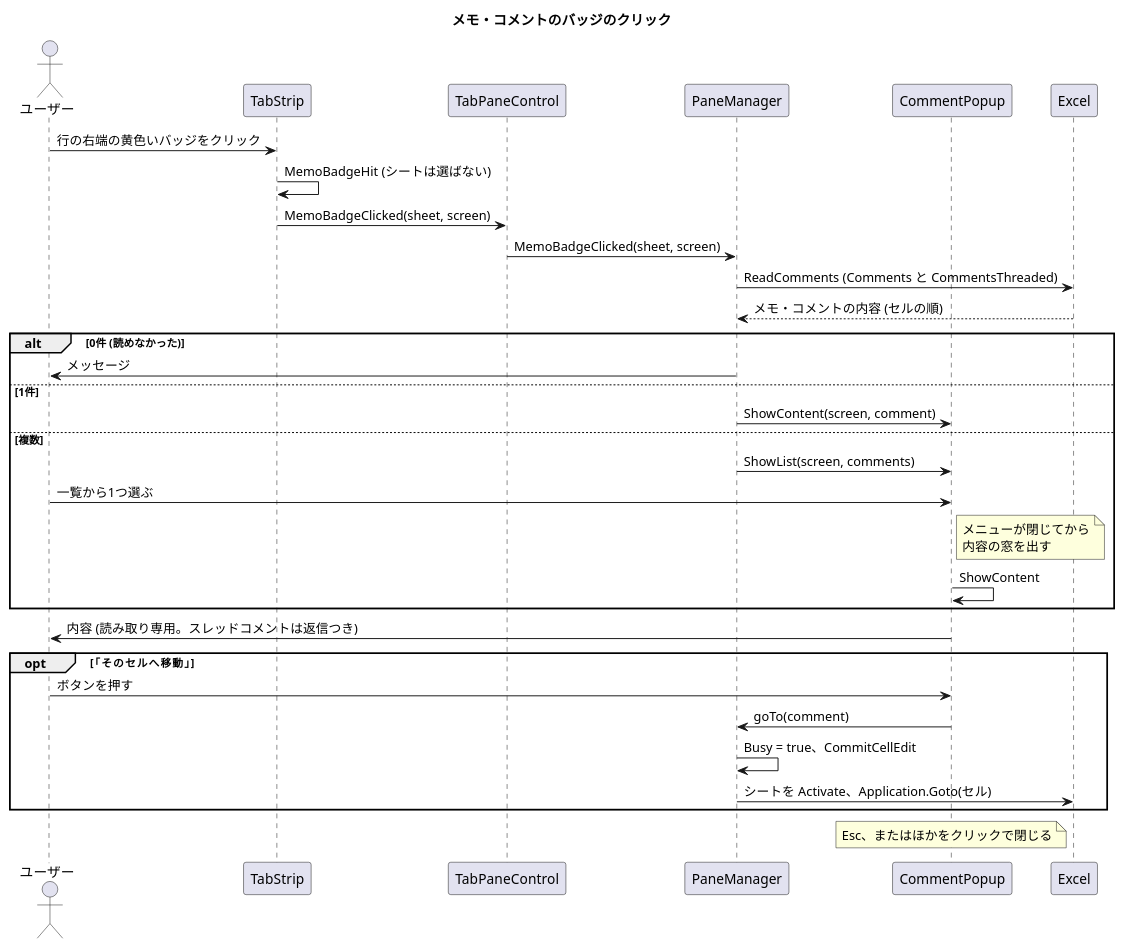
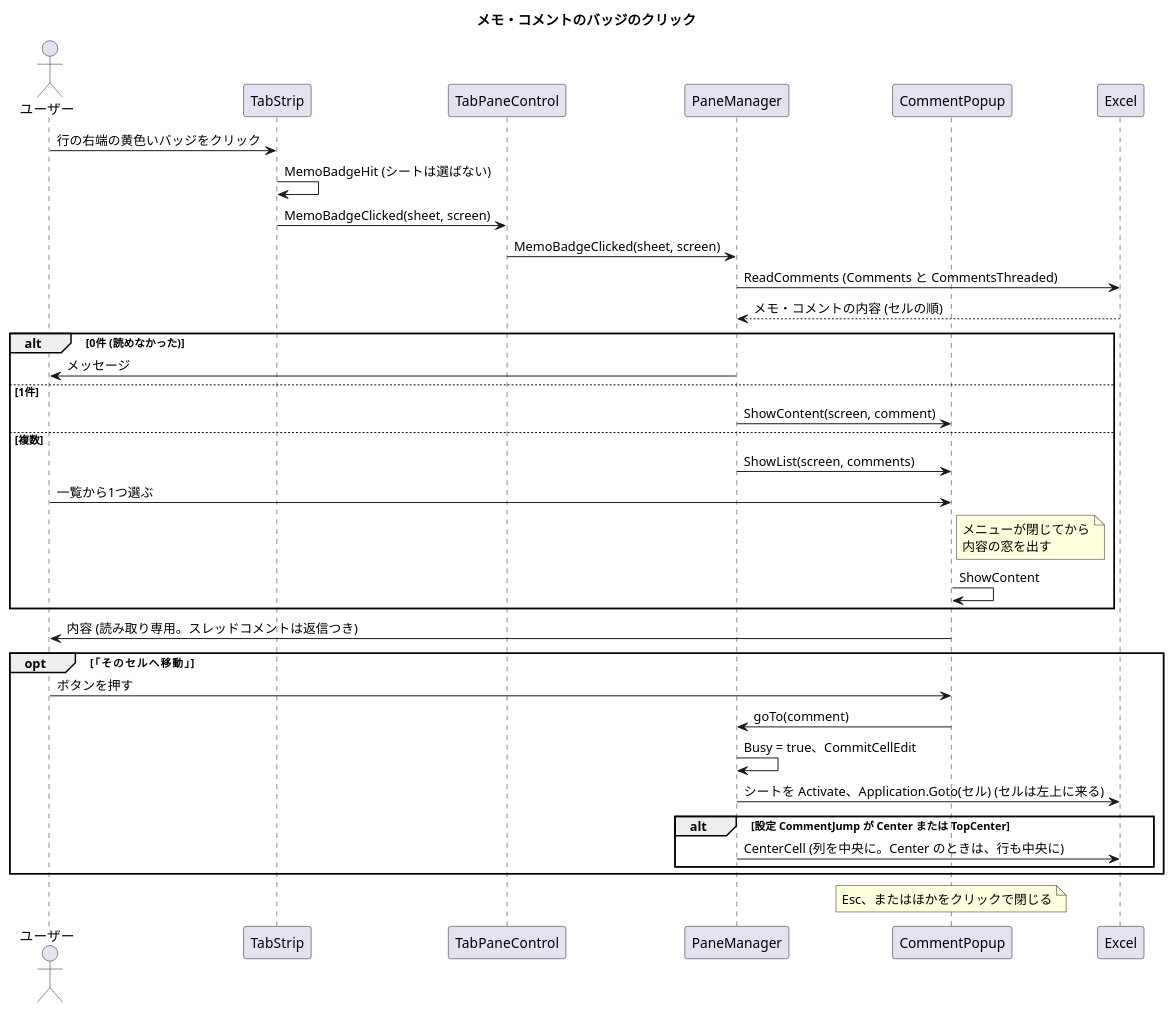
One commit to nk-taka623/VerticalSheetTabs changed the diagram in docs/sequence-comment.puml. Above: the diagram before and after it, drawn with PlantUML. The commit also changed 3 other files, not shown here.

Commit message:
クラス図とコメントのシーケンス図に、コメントの移動先の設定 (CommentJump) を反映する

```diff
--- a/docs/sequence-comment.puml
+++ b/docs/sequence-comment.puml
@@ -1,37 +1,40 @@
 @startuml
 title メモ・コメントのバッジのクリック
 skinparam shadowing false
 skinparam sequenceMessageAlign left
 
 actor "ユーザー" as U
 participant "TabStrip" as S
 participant "TabPaneControl" as C
 participant "PaneManager" as P
 participant "CommentPopup" as W
 participant "Excel" as XL
 
 U -> S : 行の右端の黄色いバッジをクリック
 S -> S : MemoBadgeHit (シートは選ばない)
 S -> C : MemoBadgeClicked(sheet, screen)
 C -> P : MemoBadgeClicked(sheet, screen)
 P -> XL : ReadComments (Comments と CommentsThreaded)
 XL --> P : メモ・コメントの内容 (セルの順)
 alt 0件 (読めなかった)
   P -> U : メッセージ
 else 1件
   P -> W : ShowContent(screen, comment)
 else 複数
   P -> W : ShowList(screen, comments)
   U -> W : 一覧から1つ選ぶ
   note right of W : メニューが閉じてから\n内容の窓を出す
   W -> W : ShowContent
 end
 W -> U : 内容 (読み取り専用。スレッドコメントは返信つき)
 opt 「そのセルへ移動」
   U -> W : ボタンを押す
   W -> P : goTo(comment)
   P -> P : Busy = true、CommitCellEdit
-  P -> XL : シートを Activate、Application.Goto(セル)
+  P -> XL : シートを Activate、Application.Goto(セル) (セルは左上に来る)
+  alt 設定 CommentJump が Center または TopCenter
+    P -> XL : CenterCell (列を中央に。Center のときは、行も中央に)
+  end
 end
 note over W : Esc、またはほかをクリックで閉じる
 @enduml
```
